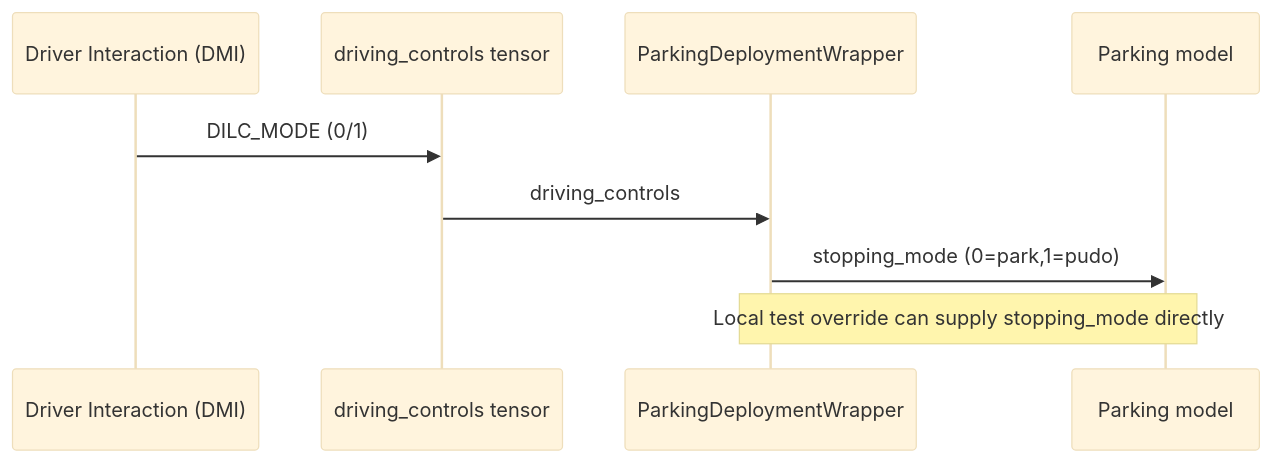
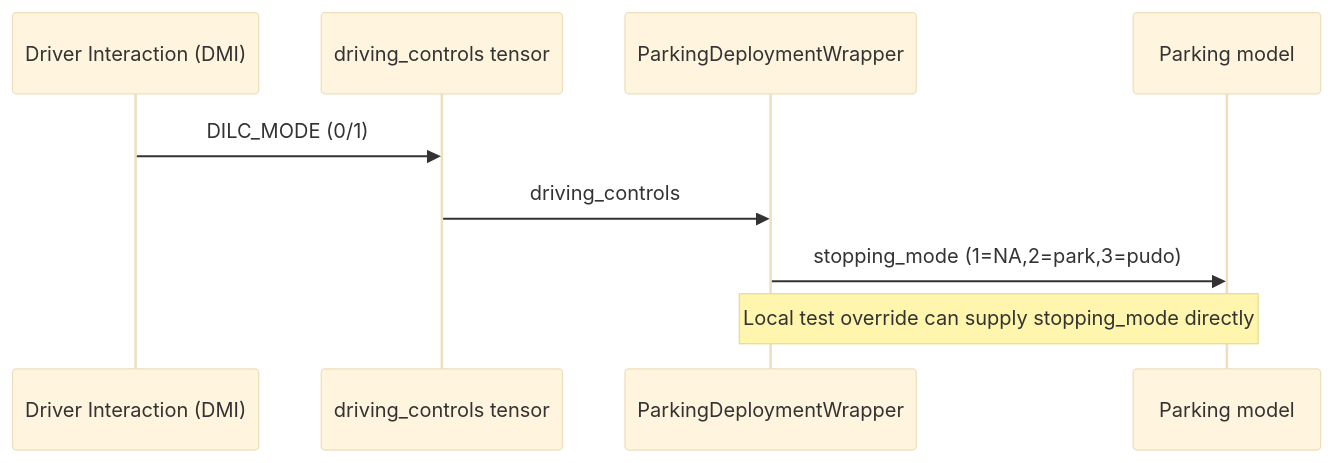
Before and after one commit to borisindelman-oss/vault: the second of 2 diagrams in codex/WayveCode/projects/parking-stopping-mode-dilc.md, drawn with Mermaid (base theme). The commit also changed other lines of this file, not shown here.

````diff
--- a/codex/WayveCode/projects/parking-stopping-mode-dilc.md
+++ b/codex/WayveCode/projects/parking-stopping-mode-dilc.md
@@ -55,11 +54,11 @@
 ```mermaid
 sequenceDiagram
   participant DI as Driver Interaction (DMI)
   participant DC as driving_controls tensor
   participant WRAP as ParkingDeploymentWrapper
   participant MODEL as Parking model
   DI->>DC: DILC_MODE (0/1)
   DC->>WRAP: driving_controls
-  WRAP->>MODEL: stopping_mode (0=park,1=pudo)
+  WRAP->>MODEL: stopping_mode (1=NA,2=park,3=pudo)
   Note over WRAP,MODEL: Local test override can supply stopping_mode directly
 ```
````
